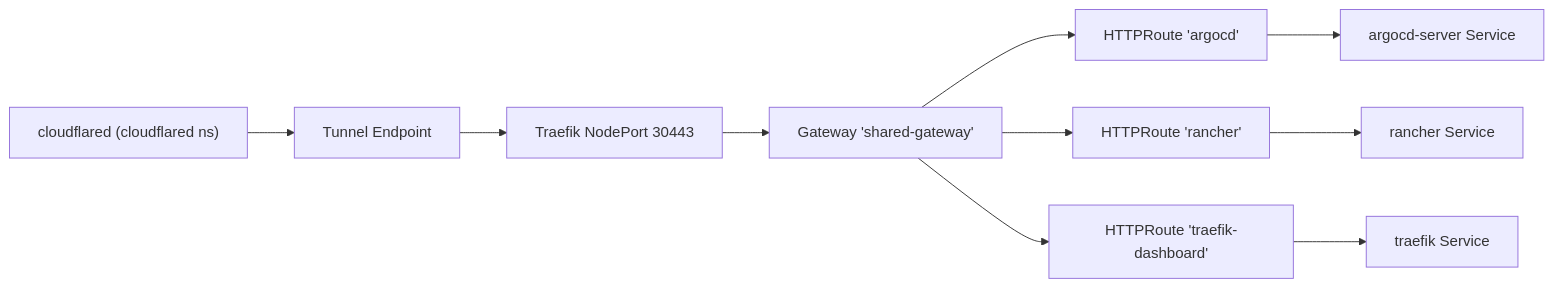
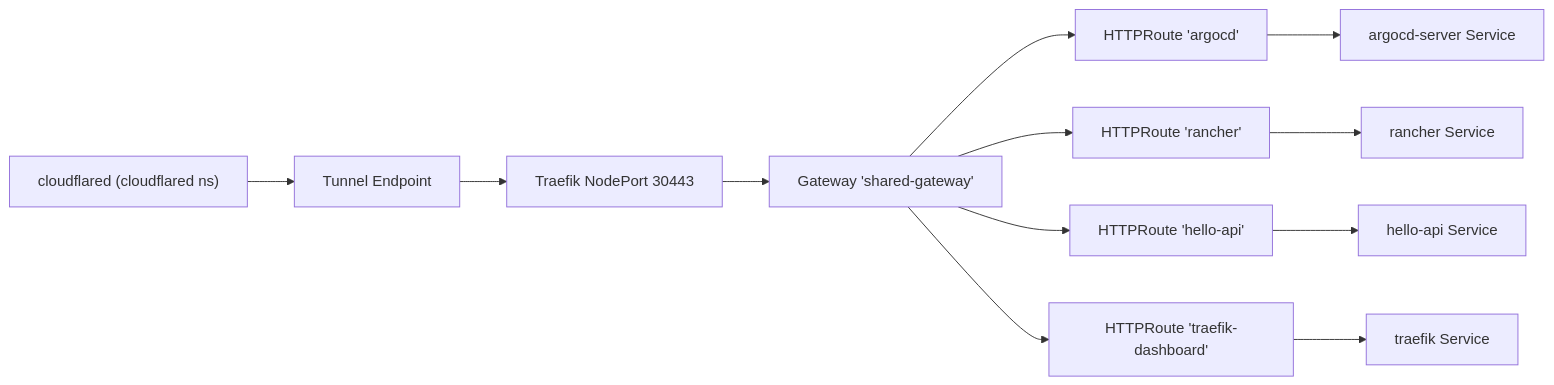
One commit to Hoangvu75/k8s_manifest changed the third of 3 diagrams in .qoder/repowiki/en/content/Architecture and Design/Network Flow and Ingress Architecture.md. Above: the diagram before and after it, drawn with Mermaid. The commit also changed other lines of this file and 5 other files, not shown here.

````diff
--- a/.qoder/repowiki/en/content/Architecture and Design/Network Flow and Ingress Architecture.md
+++ b/.qoder/repowiki/en/content/Architecture and Design/Network Flow and Ingress Architecture.md
@@ -231,12 +323,14 @@
 ```mermaid
 graph LR
 CF["cloudflared (cloudflared ns)"] --> TN["Tunnel Endpoint"]
 TN --> NP["Traefik NodePort 30443"]
 NP --> GW["Gateway 'shared-gateway'"]
 GW --> HC["HTTPRoute 'argocd'"]
 GW --> HR["HTTPRoute 'rancher'"]
+GW --> HA["HTTPRoute 'hello-api'"]
 GW --> HD["HTTPRoute 'traefik-dashboard'"]
 HC --> AS["argocd-server Service"]
 HR --> RS["rancher Service"]
+HA --> HS["hello-api Service"]
 HD --> TS["traefik Service"]
 ```
````
